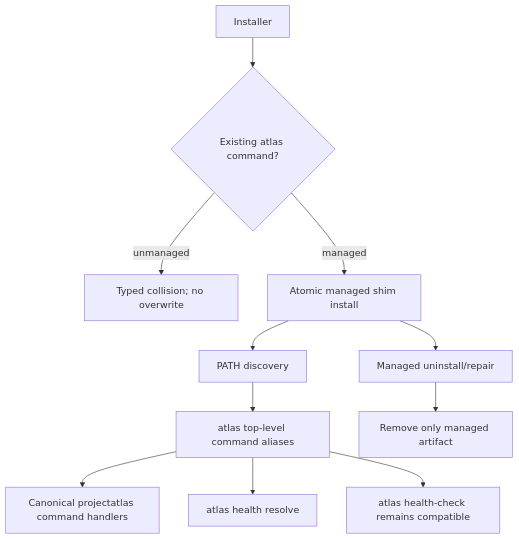
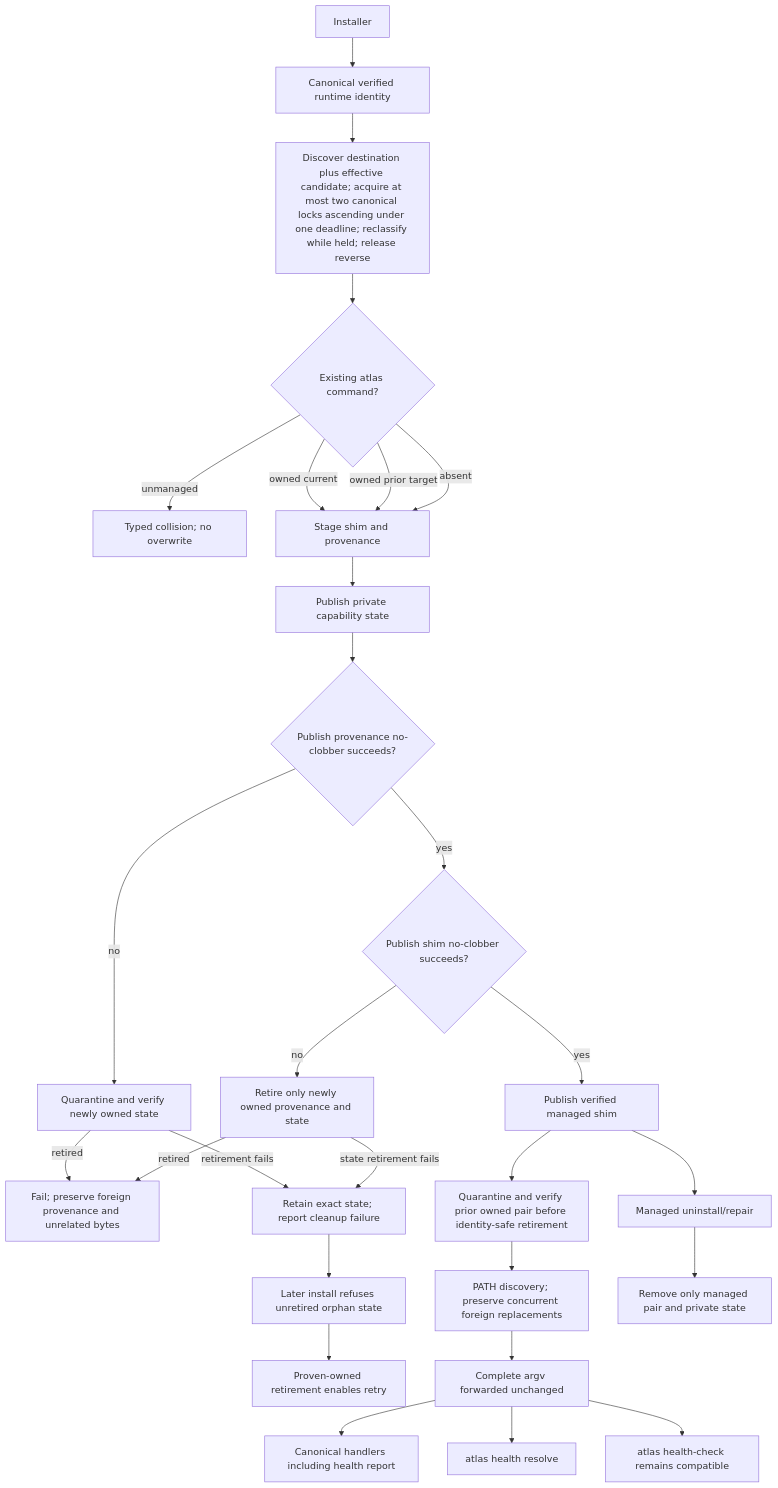
Before and after one commit to styler-ai/ProjectAtlas: diagram 27 of 28 in docs/v050-release-architecture.md, drawn with Mermaid. The commit also changed other lines of this file and 14 other files, not shown here.

First line of the commit message:
feat(cli): install a short atlas command for every ProjectAtlas CLI workflow (#528)

````diff
--- a/docs/v050-release-architecture.md
+++ b/docs/v050-release-architecture.md
@@ -473,13 +477,30 @@
 ```mermaid
 flowchart TB
-  installer[Installer] --> collision{Existing atlas command?}
+  installer[Installer] --> identity[Canonical verified runtime identity]
+  identity --> locks[Discover destination plus effective candidate; acquire at most two canonical locks ascending under one deadline; reclassify while held; release reverse]
+  locks --> collision{Existing atlas command?}
   collision -->|unmanaged| reject[Typed collision; no overwrite]
-  collision -->|managed| shim[Atomic managed shim install]
-  shim --> discover[PATH discovery]
-  discover --> aliases[atlas top-level command aliases]
-  aliases --> canonical[Canonical projectatlas command handlers]
+  collision -->|owned current| stage[Stage shim and provenance]
+  collision -->|owned prior target| stage
+  collision -->|absent| stage
+  stage --> state[Publish private capability state]
+  state --> provenance{Publish provenance no-clobber succeeds?}
+  provenance -->|no| state_cleanup[Quarantine and verify newly owned state]
+  state_cleanup -->|retired| reject_publication[Fail; preserve foreign provenance and unrelated bytes]
+  state_cleanup -->|retirement fails| retained[Retain exact state; report cleanup failure]
+  retained --> refuse[Later install refuses unretired orphan state]
+  refuse --> recover[Proven-owned retirement enables retry]
+  provenance -->|yes| forwarder{Publish shim no-clobber succeeds?}
+  forwarder -->|no| pair_cleanup[Retire only newly owned provenance and state]
+  pair_cleanup -->|retired| reject_publication
+  pair_cleanup -->|state retirement fails| retained
+  forwarder -->|yes| shim[Publish verified managed shim]
+  shim --> migrate[Quarantine and verify prior owned pair before identity-safe retirement]
+  migrate --> discover[PATH discovery; preserve concurrent foreign replacements]
+  discover --> aliases[Complete argv forwarded unchanged]
+  aliases --> canonical[Canonical handlers including health report]
   aliases --> resolve[atlas health resolve]
   aliases --> legacy[atlas health-check remains compatible]
   shim --> uninstall[Managed uninstall/repair]
-  uninstall --> clean[Remove only managed artifact]
+  uninstall --> clean[Remove only managed pair and private state]
 ```
````
